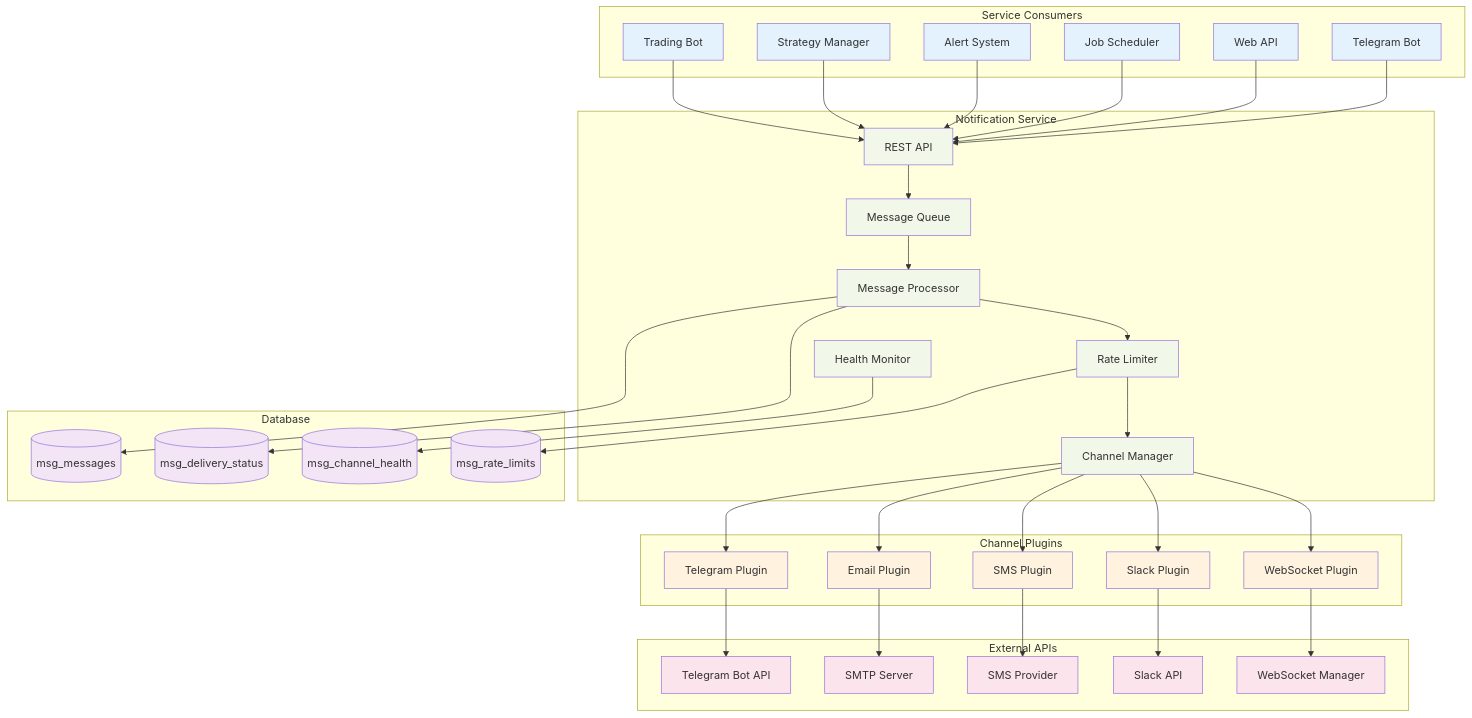
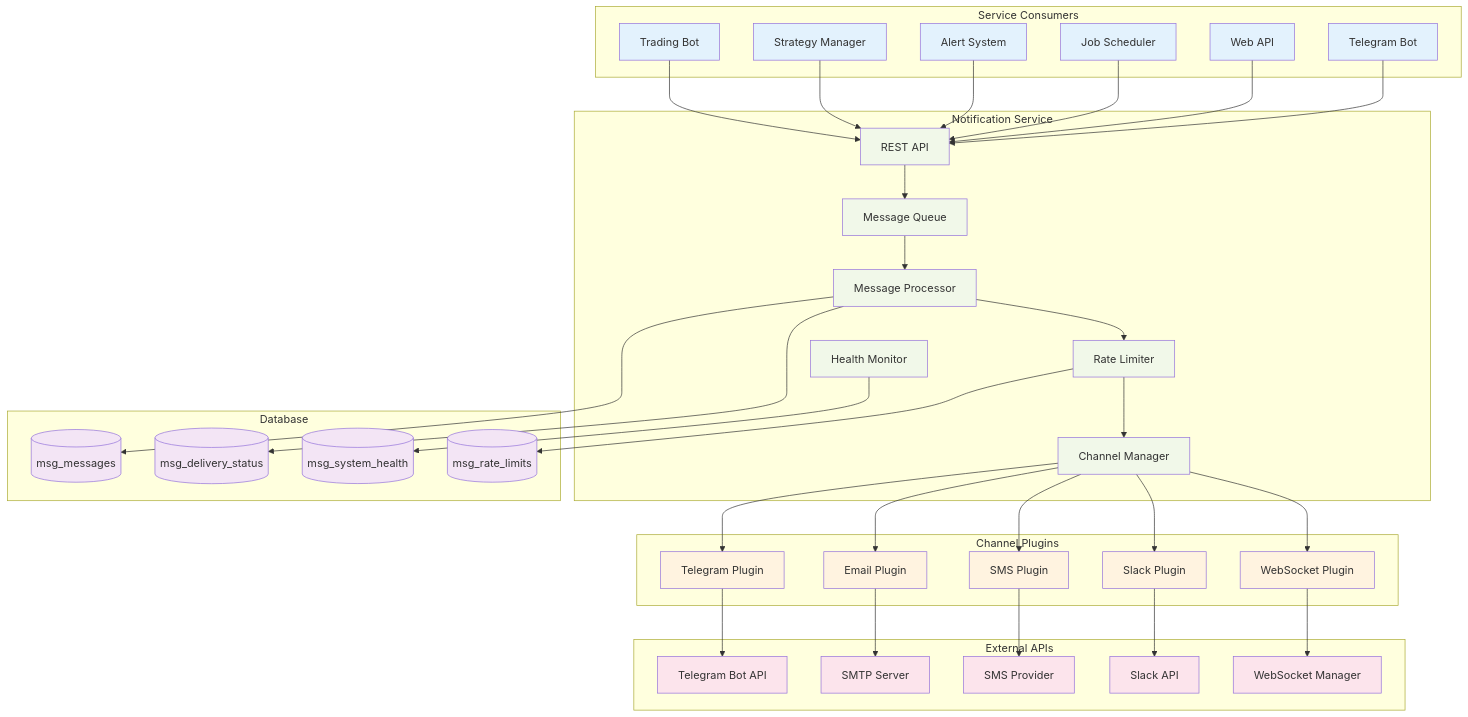
The diagram in docs/HLA/notification-services.md (iwozere/e-trading), drawn with Mermaid before and after one commit. The commit also changed other lines of this file and 22 other files, not shown here.

````diff
--- a/docs/HLA/notification-services.md
+++ b/docs/HLA/notification-services.md
@@ -55,7 +55,7 @@
     subgraph "Database"
         Messages[(msg_messages)]
         DeliveryStatus[(msg_delivery_status)]
-        ChannelHealth[(msg_channel_health)]
+        SystemHealth[(msg_system_health)]
         RateLimits[(msg_rate_limits)]
     end
 
@@ -84,7 +84,7 @@
 
     Processor --> Messages
     Processor --> DeliveryStatus
-    HealthMonitor --> ChannelHealth
+    HealthMonitor --> SystemHealth
     RateLimiter --> RateLimits
 
     %% Styling
@@ -98,5 +98,5 @@
     class API,MessageQueue,Processor,RateLimiter,ChannelManager,HealthMonitor serviceLayer
     class TelegramChannel,EmailChannel,SMSChannel,SlackChannel,WebSocketChannel pluginLayer
     class TelegramAPI,SMTPServer,SMSProvider,SlackAPI,WebSocketMgr endpointLayer
-    class Messages,DeliveryStatus,ChannelHealth,RateLimits dataLayer
+    class Messages,DeliveryStatus,SystemHealth,RateLimits dataLayer
 ```
````
